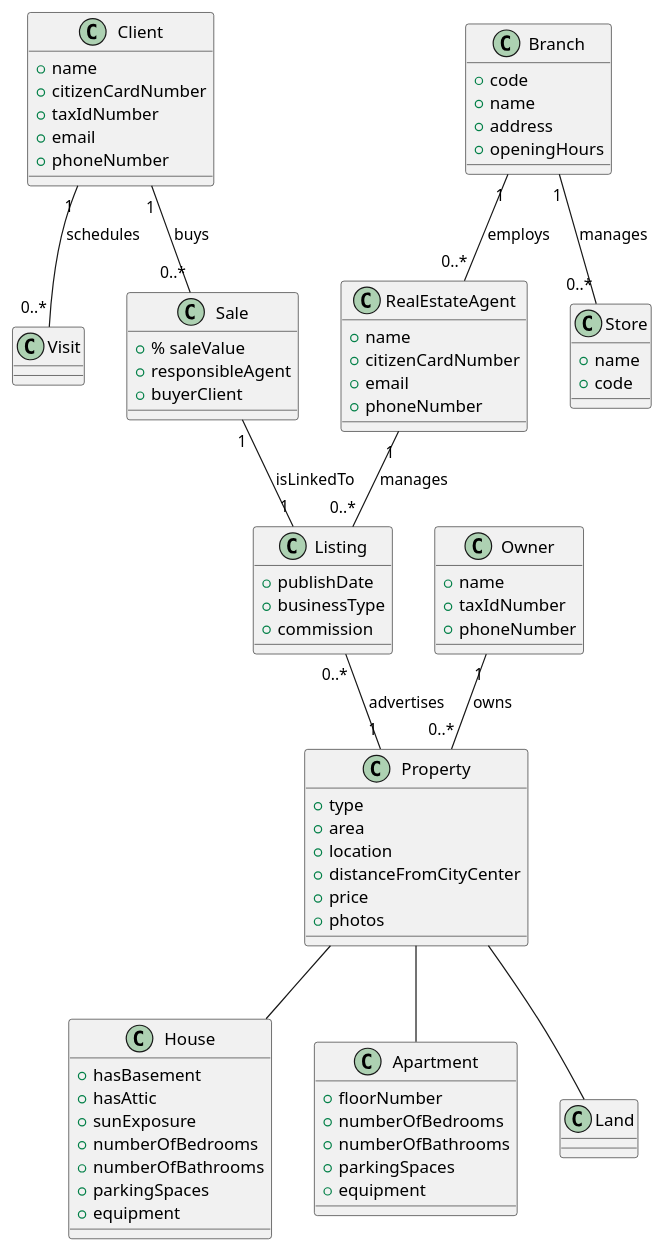
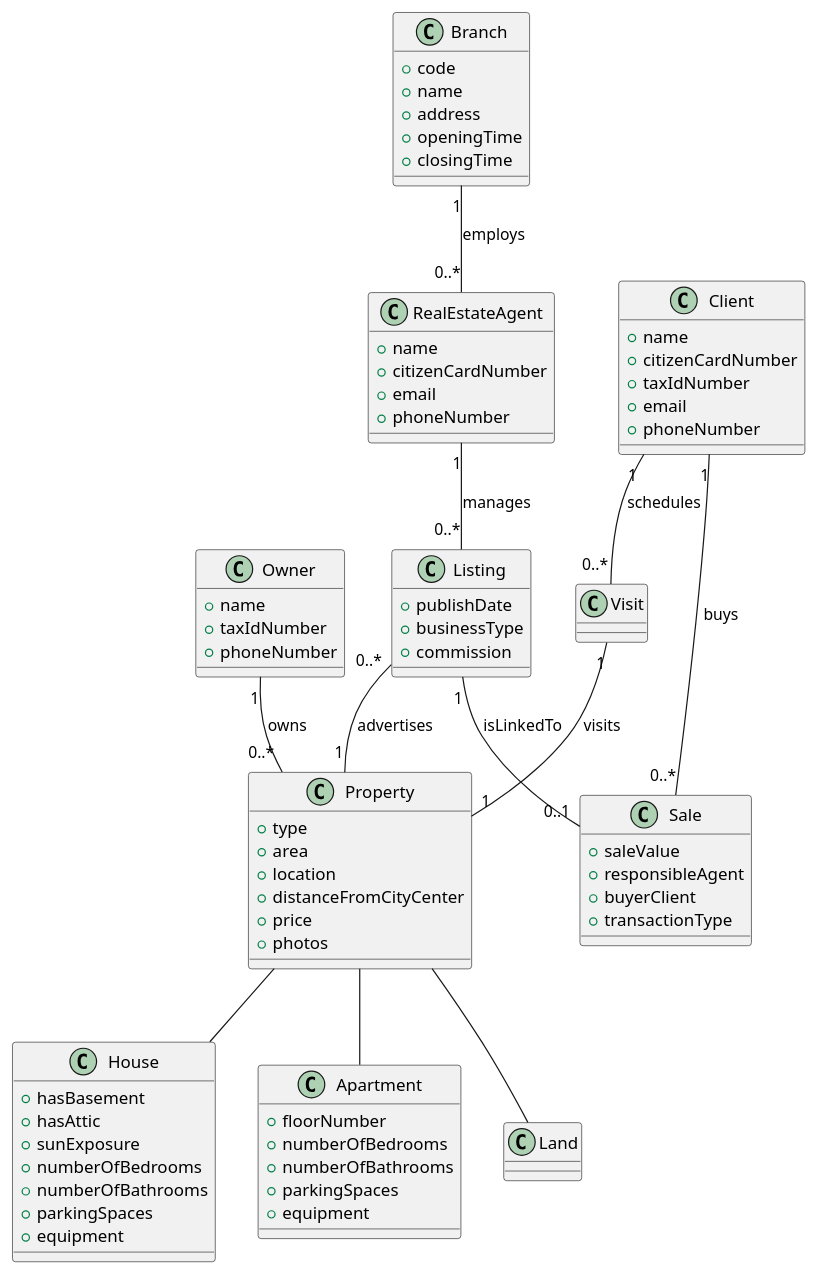
The diagram in docs/Sprint1/Global_Artifacts/DM.puml (goncalomaia18/leti-esoft-24-25-A2), drawn with PlantUML before and after one commit. The commit also changed 8 other files, not shown here.

```diff
--- a/docs/Sprint1/Global_Artifacts/DM.puml
+++ b/docs/Sprint1/Global_Artifacts/DM.puml
@@ -1,92 +1,91 @@
 @startuml
 
 class Client {
   +name
   +citizenCardNumber
   +taxIdNumber
   +email
   +phoneNumber
 }
 
 class Property {
   +type
   +area
   +location
   +distanceFromCityCenter
   +price
   +photos
 }
 
 class House {
   +hasBasement
   +hasAttic
   +sunExposure
   +numberOfBedrooms
   +numberOfBathrooms
   +parkingSpaces
   +equipment
 }
 
 class Apartment {
   +floorNumber
   +numberOfBedrooms
   +numberOfBathrooms
   +parkingSpaces
   +equipment
 }
 
 class Land {
 }
 
 class Owner {
   +name
   +taxIdNumber
   +phoneNumber
 }
 
 class RealEstateAgent {
   +name
   +citizenCardNumber
   +email
   +phoneNumber
 }
 
 class Listing {
   +publishDate
   +businessType
   +commission
 }
 
 class Visit {
 }
 
 class Branch {
   +code
   +name
   +address
-  +openingHours
+  +openingTime
+  +closingTime
 }
 
 class Sale {
-  +% saleValue
+  +saleValue
   +responsibleAgent
   +buyerClient
+  +transactionType
 }
-class Store{
-+name
-+code
-}
+
 
 Client "1" -- "0..*" Visit : schedules
 Owner "1" -- "0..*" Property : owns
-Branch "1" -- "0..*" Store : manages
 Property -- House
 Property -- Apartment
 Property -- Land
 RealEstateAgent "1" -- "0..*" Listing : manages
 Listing "0..*" -- "1" Property : advertises
 Branch "1" -- "0..*" RealEstateAgent : employs
 Client "1" -- "0..*" Sale : buys
-Sale "1" -- "1" Listing : isLinkedTo
+Listing "1" -- "0..1" Sale : isLinkedTo
+Visit "1" -- "1" Property : visits
 
 @enduml
```
